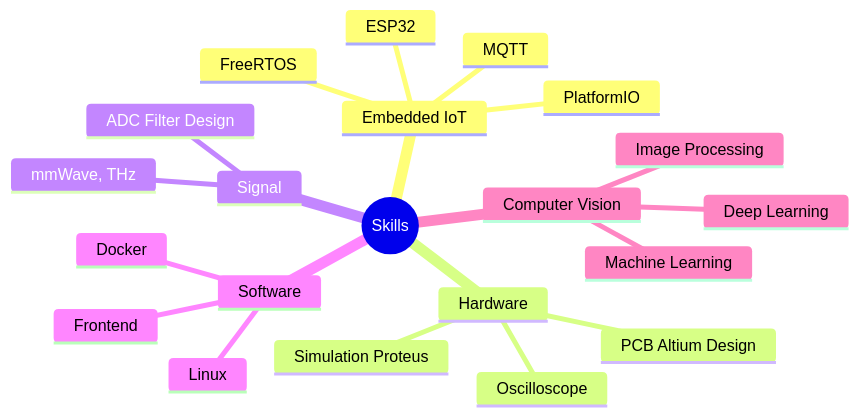
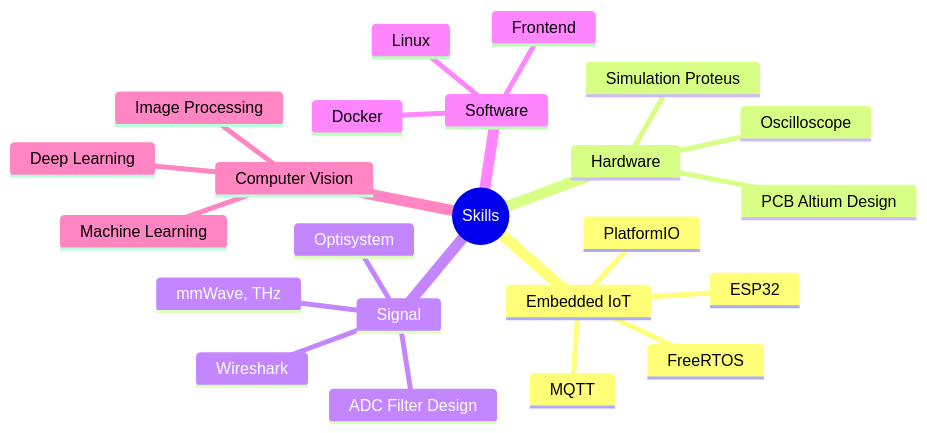
Before and after one commit to bathanh0309/bathanh0309: the diagram in README.md, drawn with Mermaid.

````diff
--- a/README.md
+++ b/README.md
@@ -139,24 +139,26 @@
 ```mermaid
 mindmap
   root((Skills))
     Embedded IoT
       MQTT
       ESP32
       FreeRTOS
       PlatformIO
     Hardware
       Simulation Proteus
       PCB Altium Design
       Oscilloscope
     Signal
       mmWave, THz
       ADC Filter Design
+      Optisystem
+      Wireshark
     Software
       Linux
       Docker
       Frontend
     Computer Vision
       Machine Learning
       Deep Learning
       Image Processing
 ```
````
